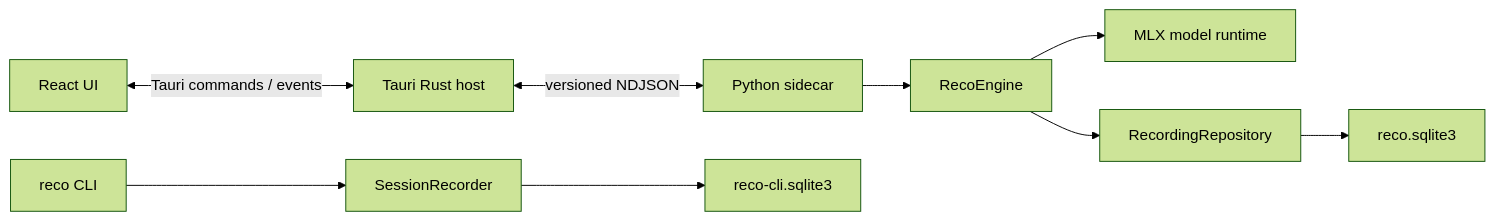
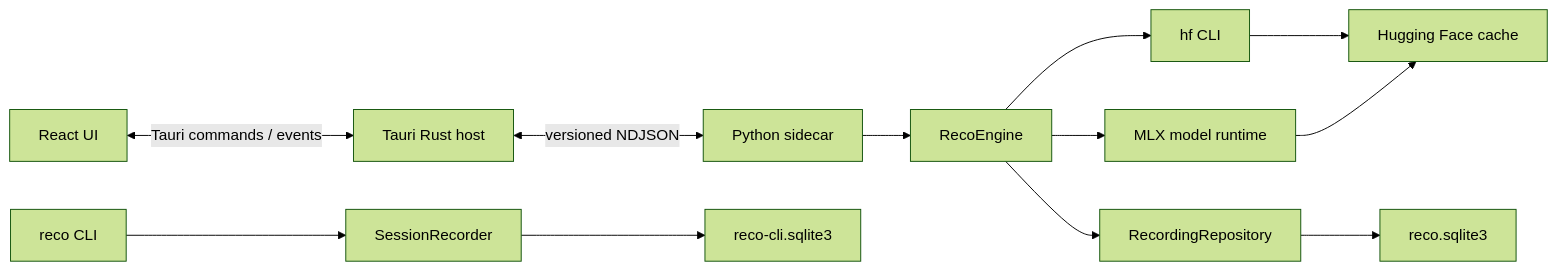
The diagram in docs/application-design.md (ph0ryn/RecoGUI), drawn with Mermaid (forest theme) before and after one commit. The commit also changed other lines of this file and 1 other file, not shown here.

First line of the commit message:
docs: define Hugging Face cache model selection

````diff
--- a/docs/application-design.md
+++ b/docs/application-design.md
@@ -10,22 +10,27 @@
 ```mermaid
 flowchart LR
   UI["React UI"]
   Host["Tauri Rust host"]
   Sidecar["Python sidecar"]
   Engine["RecoEngine"]
   Runtime["MLX model runtime"]
+  HFCLI["hf CLI"]
+  HFCache["Hugging Face cache"]
   Repository["RecordingRepository"]
   Database["reco.sqlite3"]
   CLI["reco CLI"]
   CLIRecorder["SessionRecorder"]
   CLIDatabase["reco-cli.sqlite3"]
 
   UI <-->|"Tauri commands / events"| Host
   Host <-->|"versioned NDJSON"| Sidecar
   Sidecar --> Engine
   Engine --> Runtime
+  Engine --> HFCLI
+  HFCLI --> HFCache
+  Runtime --> HFCache
   Engine --> Repository
   Repository --> Database
   CLI --> CLIRecorder
   CLIRecorder --> CLIDatabase
 ```
````
